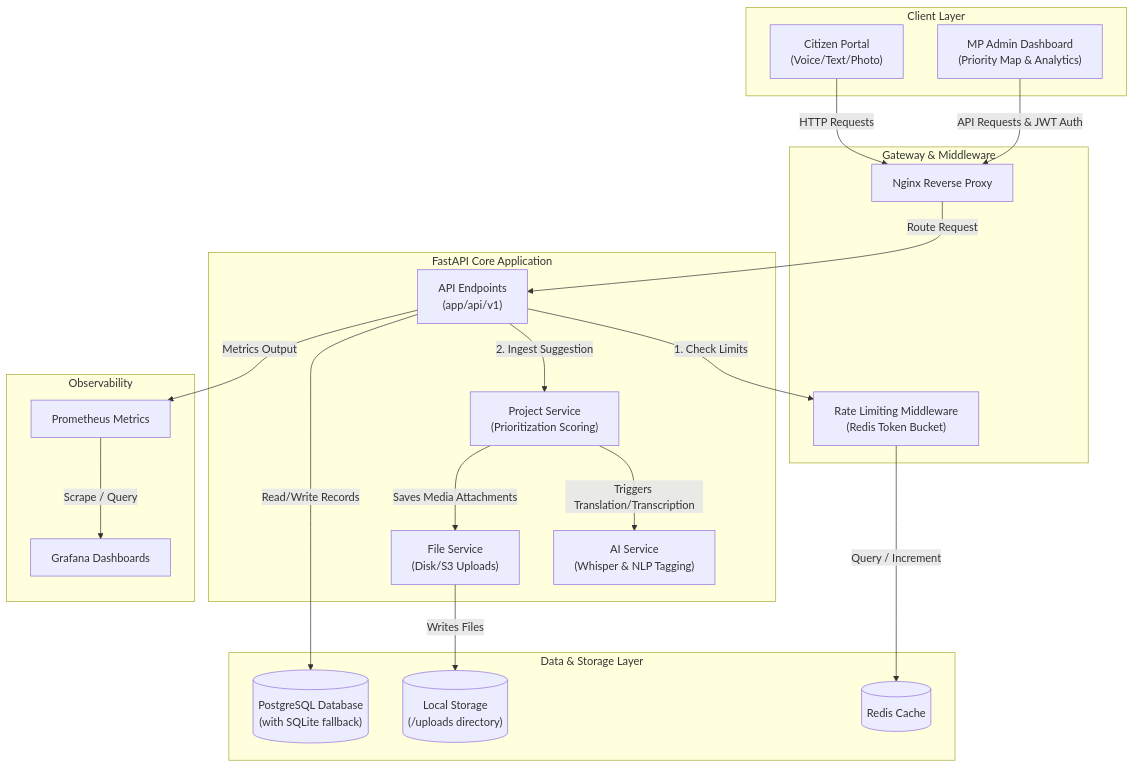
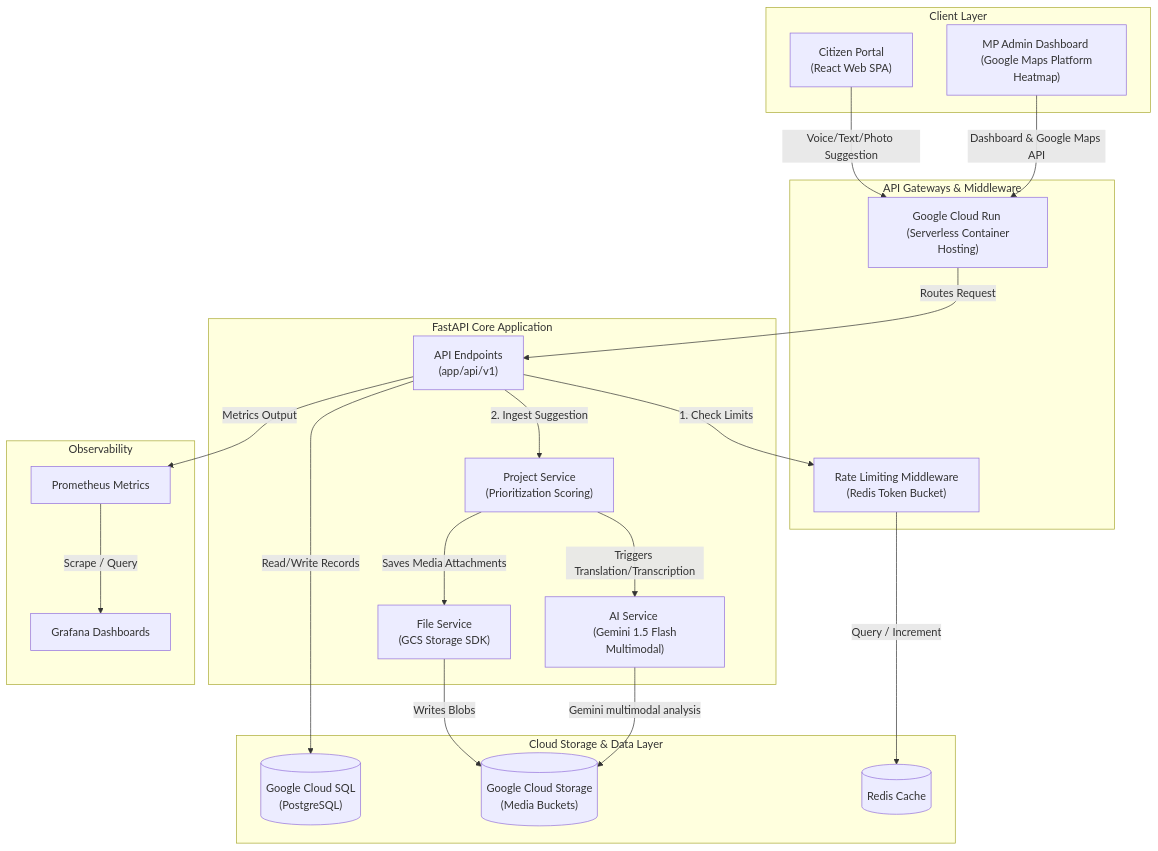
The diagram in README.md (Nandanhs006/Civic-Pulse), drawn with Mermaid before and after one commit. The commit also changed other lines of this file and 2 other files, not shown here.

Commit message:
GOS Architecture

````diff
--- a/README.md
+++ b/README.md
@@ -22,48 +22,49 @@
 ```mermaid
 graph TB
     subgraph Client Layer
-        Citizen["Citizen Portal <br/> (Voice/Text/Photo)"]
-        Admin["MP Admin Dashboard <br/> (Priority Map & Analytics)"]
+        Citizen["Citizen Portal <br/> (React Web SPA)"]
+        Admin["MP Admin Dashboard <br/> (Google Maps Platform Heatmap)"]
     end
 
-    subgraph Gateway & Middleware
-        Nginx["Nginx Reverse Proxy"]
+    subgraph API Gateways & Middleware
+        CloudRun["Google Cloud Run <br/> (Serverless Container Hosting)"]
         Limiter["Rate Limiting Middleware <br/> (Redis Token Bucket)"]
     end
 
     subgraph FastAPI Core Application
         API["API Endpoints <br/> (app/api/v1)"]
-        AIService["AI Service <br/> (Whisper & NLP Tagging)"]
-        FileService["File Service <br/> (Disk/S3 Uploads)"]
+        AIService["AI Service <br/> (Gemini 1.5 Flash Multimodal)"]
+        FileService["File Service <br/> (GCS Storage SDK)"]
         ProjService["Project Service <br/> (Prioritization Scoring)"]
     end
 
-    subgraph Data & Storage Layer
-        DB[("PostgreSQL Database <br/> (with SQLite fallback)")]
-        Storage[("Local Storage <br/> (/uploads directory)")]
+    subgraph Cloud Storage & Data Layer
+        CloudSQL[("Google Cloud SQL <br/> (PostgreSQL)")]
+        GCS[("Google Cloud Storage <br/> (Media Buckets)")]
         Cache[("Redis Cache")]
     end
 
     subgraph Observability
         Prom["Prometheus Metrics"]
         Grafana["Grafana Dashboards"]
     end
 
     %% Routing connections
-    Citizen -->|HTTP Requests| Nginx
-    Admin -->|API Requests & JWT Auth| Nginx
+    Citizen -->|Voice/Text/Photo Suggestion| CloudRun
+    Admin -->|Dashboard & Google Maps API| CloudRun
     
-    Nginx -->|Route Request| API
+    CloudRun -->|Routes Request| API
     API -->|1. Check Limits| Limiter
     Limiter -->|Query / Increment| Cache
     
     API -->|2. Ingest Suggestion| ProjService
     ProjService -->|Triggers Translation/Transcription| AIService
     ProjService -->|Saves Media Attachments| FileService
     
-    FileService -->|Writes Files| Storage
-    API -->|Read/Write Records| DB
+    FileService -->|Writes Blobs| GCS
+    AIService -->|Gemini multimodal analysis| GCS
+    API -->|Read/Write Records| CloudSQL
     
     API -->|Metrics Output| Prom
     Prom -->|Scrape / Query| Grafana
 ```
````
